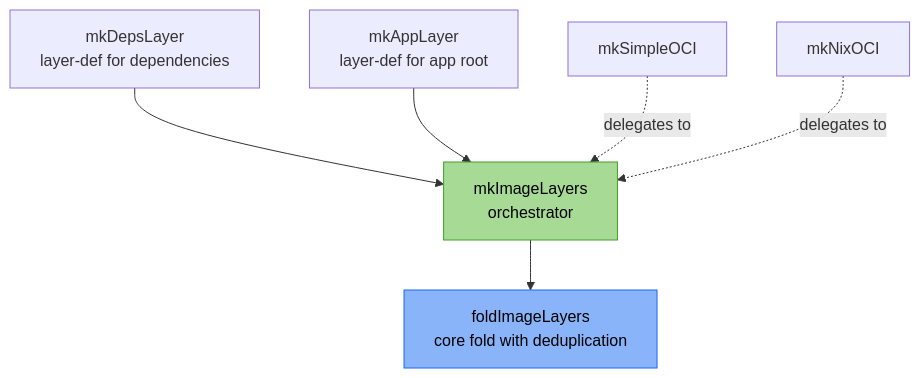
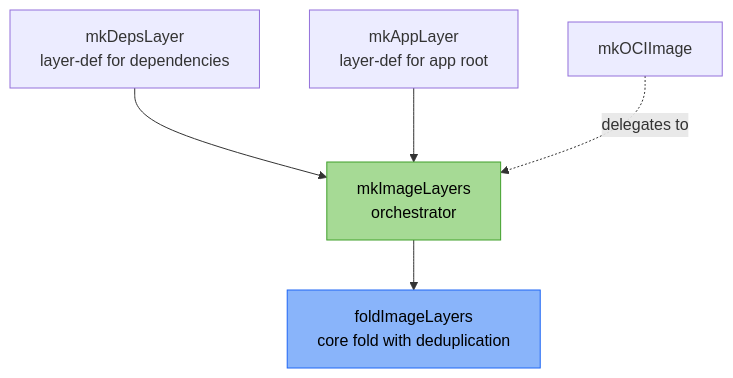
One commit to Dauliac/nix-oci changed the eighth of 8 diagrams in docs/content/performance/optimize-layers.md. Above: the diagram before and after it, drawn with Mermaid. The commit also changed other lines of this file and 11 other files, not shown here.

First line of the commit message:
docs: update for unified architecture (mainService, homeManager, mkOCIImage)

````diff
--- a/docs/content/performance/optimize-layers.md
+++ b/docs/content/performance/optimize-layers.md
@@ -274,17 +274,16 @@
 ```mermaid
 flowchart TD
     mkDepsLayer["mkDepsLayer<br/>layer-def for dependencies"]
     mkAppLayer["mkAppLayer<br/>layer-def for app root"]
     foldImageLayers["foldImageLayers<br/>core fold with deduplication"]
     mkImageLayers["mkImageLayers<br/>orchestrator"]
 
     mkDepsLayer --> mkImageLayers
     mkAppLayer --> mkImageLayers
     mkImageLayers --> foldImageLayers
 
-    mkSimpleOCI["mkSimpleOCI"] -.->|"delegates to"| mkImageLayers
-    mkNixOCI["mkNixOCI"] -.->|"delegates to"| mkImageLayers
+    mkOCIImage["mkOCIImage"] -.->|"delegates to"| mkImageLayers
 
     style mkImageLayers fill:#a6da95,stroke:#40a02b,color:#000
     style foldImageLayers fill:#89b4fa,stroke:#1e66f5,color:#000
 ```
````
